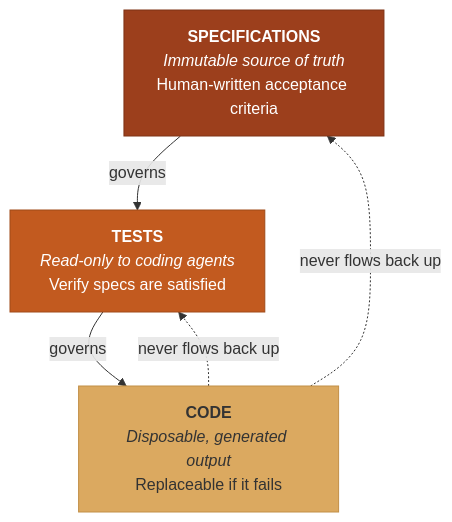
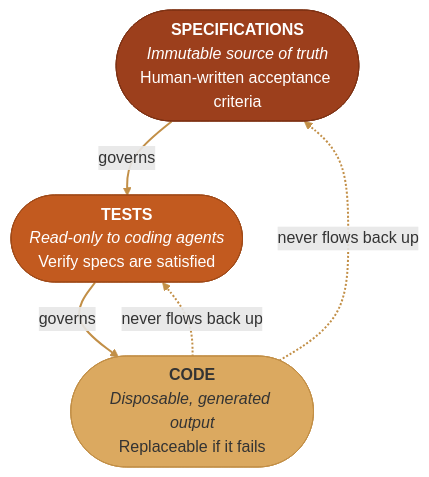
Before and after one commit to iamsteveholmes/momentum: the first of 4 diagrams in docs/philosophy.md, drawn with Mermaid. The commit also changed other lines of this file and 1 other file, not shown here.

First line of the commit message:
feat(design): stadium-pill nodes and warm sand arrows in all Mermaid diagrams

````diff
--- a/docs/philosophy.md
+++ b/docs/philosophy.md
@@ -17,15 +17,16 @@
 ```mermaid
 graph TD
-    S["<b>SPECIFICATIONS</b><br/><i>Immutable source of truth</i><br/>Human-written acceptance criteria"]
-    T["<b>TESTS</b><br/><i>Read-only to coding agents</i><br/>Verify specs are satisfied"]
-    C["<b>CODE</b><br/><i>Disposable, generated output</i><br/>Replaceable if it fails"]
+    S(["<b>SPECIFICATIONS</b><br/><i>Immutable source of truth</i><br/>Human-written acceptance criteria"])
+    T(["<b>TESTS</b><br/><i>Read-only to coding agents</i><br/>Verify specs are satisfied"])
+    C(["<b>CODE</b><br/><i>Disposable, generated output</i><br/>Replaceable if it fails"])
 
     S -- "governs" --> T
     T -- "governs" --> C
     C -. "never flows back up" .-> T
     C -. "never flows back up" .-> S
 
     style S fill:#9C3F1C,stroke:#7E3214,color:#fff
     style T fill:#C25A1F,stroke:#A04A18,color:#fff
     style C fill:#DBA960,stroke:#C28F47,color:#333
+    linkStyle default stroke:#C28F47,stroke-width:2px
 ```
````
